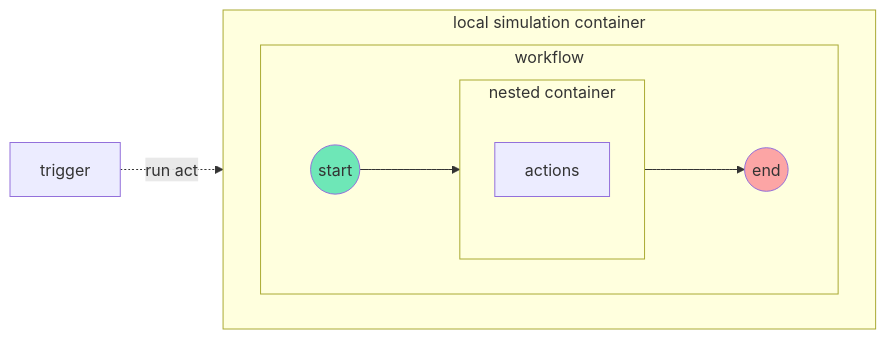
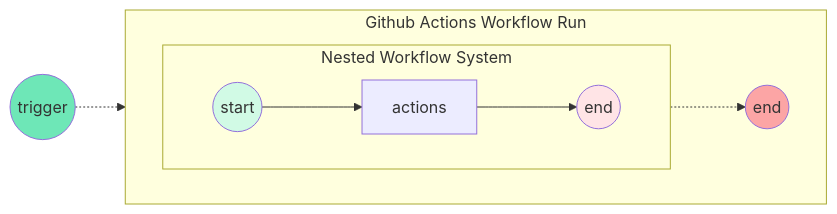
The fourth of 4 diagrams in _posts/2023-02-27-Repository-Workflows-with-Github-Actions.md (CU-DBMI/set-website), drawn with Mermaid before and after one commit. The commit also changed other lines of this file, not shown here.

Commit message:
act content

````diff
--- a/_posts/2023-02-27-Repository-Workflows-with-Github-Actions.md
+++ b/_posts/2023-02-27-Repository-Workflows-with-Github-Actions.md
@@ -68,18 +68,22 @@
 ```mermaid
 flowchart LR
-  subgraph container [local simulation container]
-    direction LR
-    subgraph workflow
+
+    subgraph workflow [Github Actions Workflow Run]
       direction LR
-      subgraph action [nested container]
+      subgraph action [Nested Workflow System]
+        direction LR
         actions
+        start2((start)) --> actions
+        actions --> en2((end))
       end
-      start((start)) --> action
-      action --> en((end))
-    end
+      
+      en2 -.-> en((end))
+
     
   end
-  trigger -.-> |run act| start
+  start((trigger)) -.-> start2
   style start fill:#6EE7B7
+  style start2 fill:#D1FAE5
   style en fill:#FCA5A5
+  style en2 fill:#FFE4E6
 ```
````
